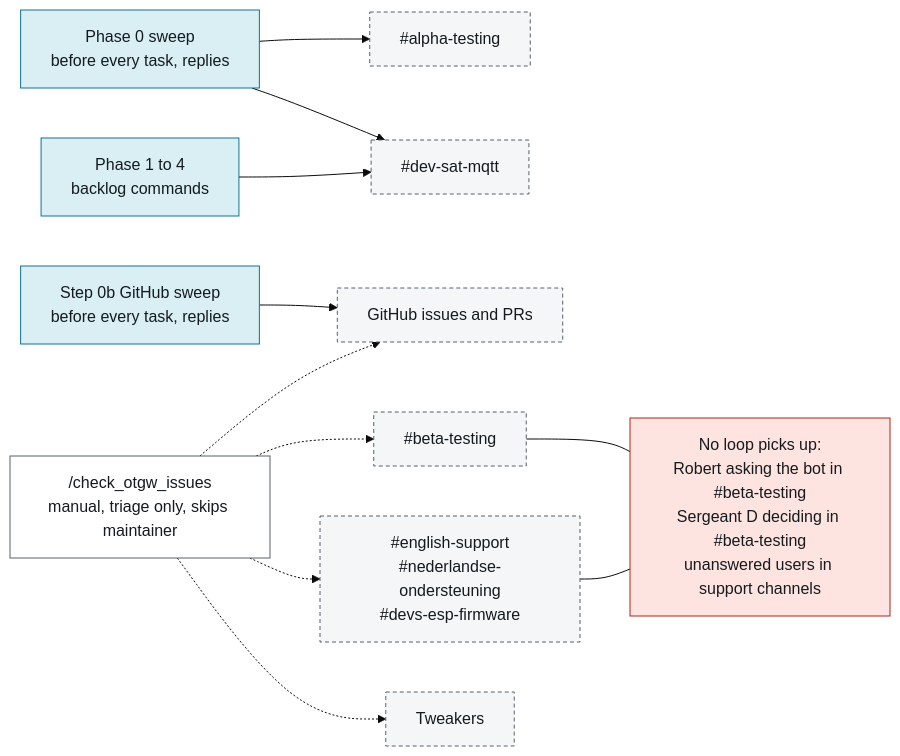
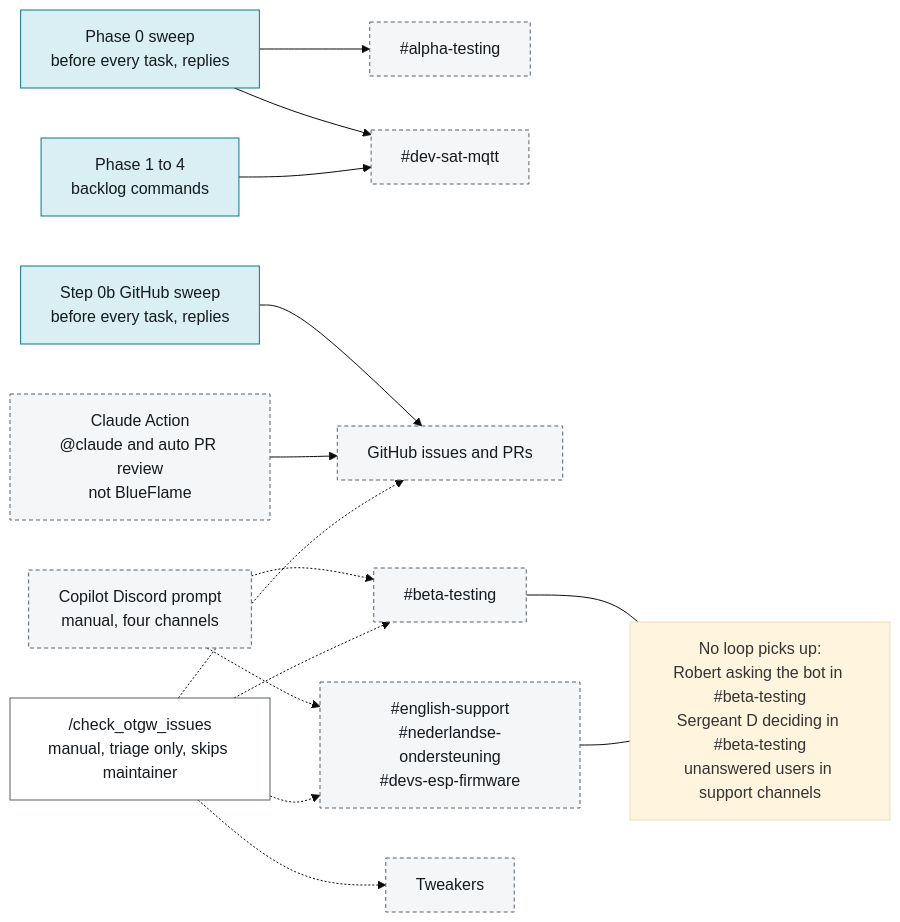
Before and after one commit to rvdbreemen/OTGW-firmware: diagram 21 of 50 in docs/process/agentic-setup.md, drawn with Mermaid (base theme). The commit also changed other lines of this file and 1 other file, not shown here.

First line of the commit message:
docs(process): TASK-1984 checkpoint: editor and web review still in progress

````diff
--- a/docs/process/agentic-setup.md
+++ b/docs/process/agentic-setup.md
@@ -1183,24 +1294,28 @@
 ```mermaid
 flowchart LR
   classDef agent fill:#d9eff4,stroke:#0e7490,color:#151a1f
   classDef ext fill:#f4f6f7,stroke:#56616c,color:#151a1f,stroke-dasharray:4 3
   classDef stop fill:#fde4e1,stroke:#b42318,color:#151a1f
   classDef store fill:#ffffff,stroke:#56616c,color:#151a1f
   P0["Phase 0 sweep<br/>before every task, replies"]:::agent
   P1["Phase 1 to 4<br/>backlog commands"]:::agent
   S0B["Step 0b GitHub sweep<br/>before every task, replies"]:::agent
   CHK["/check_otgw_issues<br/>manual, triage only, skips maintainer"]:::store
   AT["#alpha-testing"]:::ext
   DS["#dev-sat-mqtt"]:::ext
   GH["GitHub issues and PRs"]:::ext
   BT["#beta-testing"]:::ext
   SUP["#english-support<br/>#nederlandse-ondersteuning<br/>#devs-esp-firmware"]:::ext
   TW["Tweakers"]:::ext
-  GAP["No loop picks up:<br/>Robert asking the bot in #beta-testing<br/>Sergeant D deciding in #beta-testing<br/>unanswered users in support channels"]:::stop
+  GAP["No loop picks up:<br/>Robert asking the bot in #beta-testing<br/>Sergeant D deciding in #beta-testing<br/>unanswered users in support channels"]:::risk
+  CA["Claude Action<br/>@claude and auto PR review<br/>not BlueFlame"]:::ext
+  CPD["Copilot Discord prompt<br/>manual, four channels"]:::ext
   P0 --> AT & DS
   P1 --> DS
   S0B --> GH
+  CA --> GH
+  CPD -.-> BT & SUP
   CHK -.-> GH & BT & SUP & TW
   BT --- GAP
   SUP --- GAP
 ```
````
